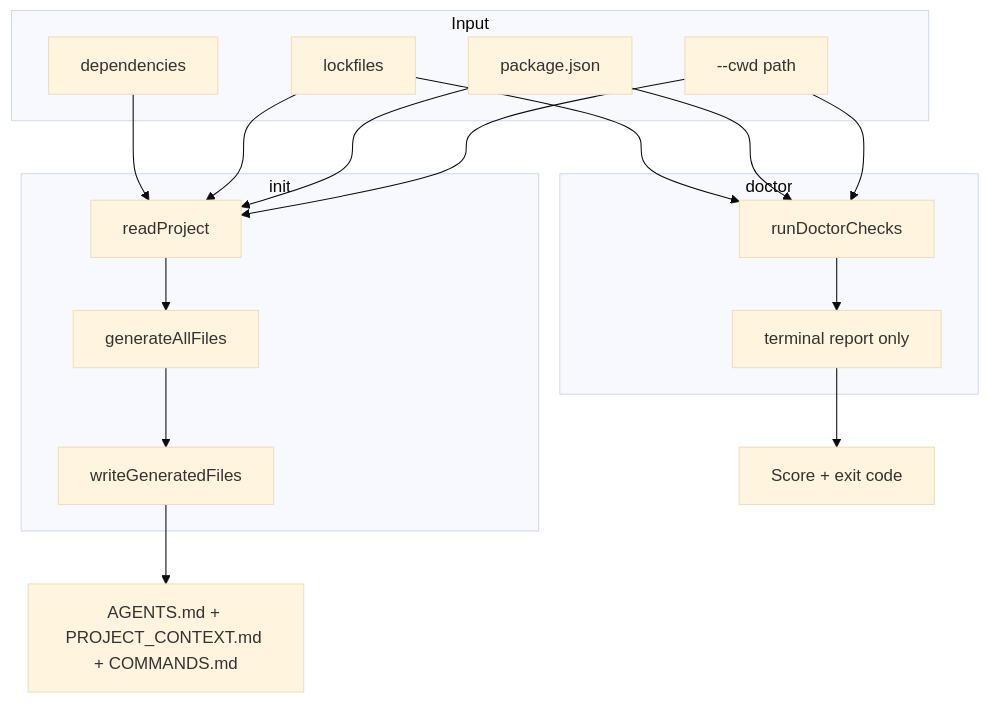
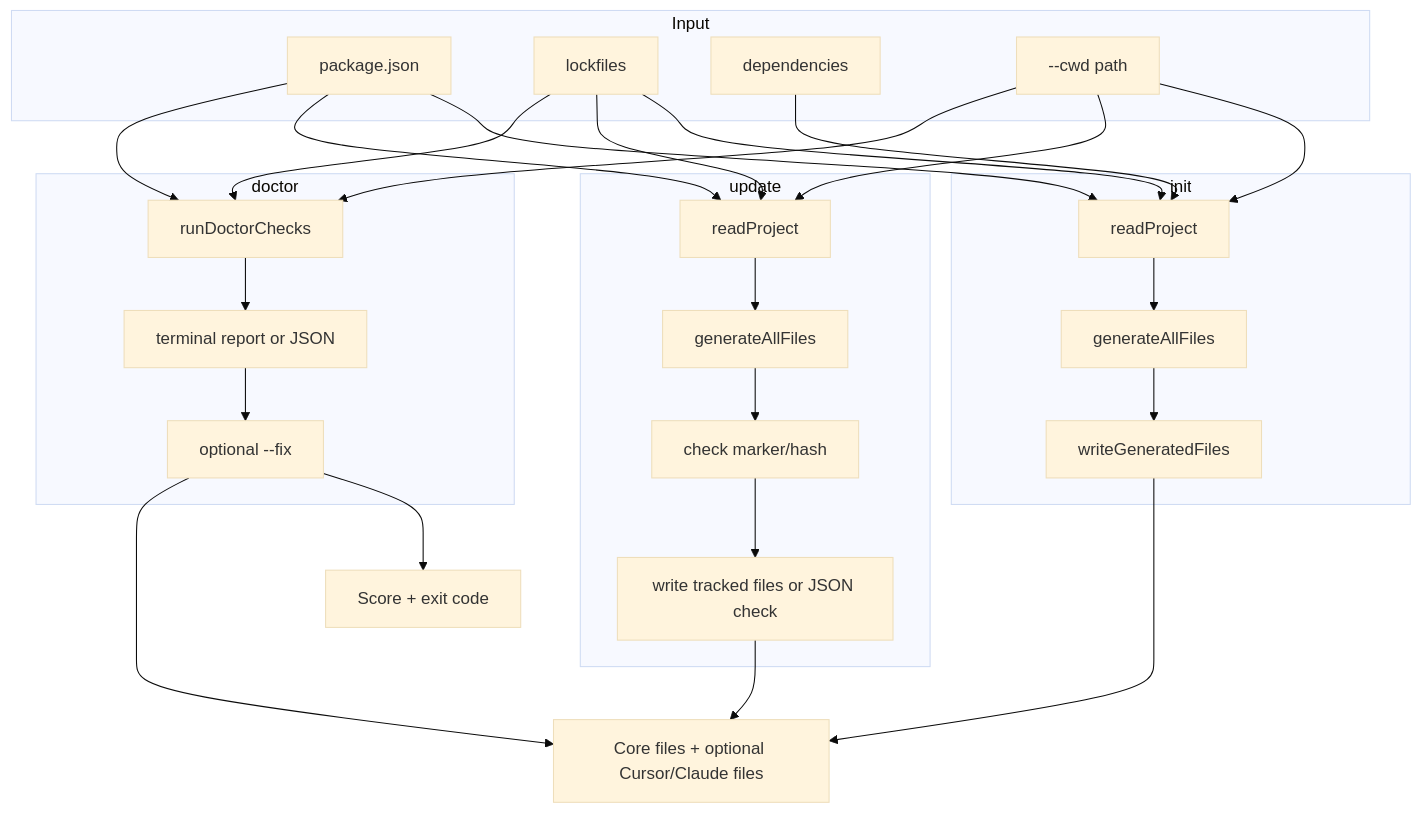
One commit to LeMinhSang2k5/ready-for-agents changed the diagram in doc/guide/OVERVIEW.md. Above: the diagram before and after it, drawn with Mermaid (base theme). The commit also changed other lines of this file and 48 other files, not shown here.

````diff
--- a/doc/guide/OVERVIEW.md
+++ b/doc/guide/OVERVIEW.md
@@ -41,33 +41,48 @@
 ```mermaid
 flowchart TB
   subgraph inputs [Input]
     PJ[package.json]
     LF[lockfiles]
     DEP[dependencies]
     CWD[--cwd path]
   end
 
   subgraph init [init]
     I1[readProject]
     I2[generateAllFiles]
     I3[writeGeneratedFiles]
   end
 
+  subgraph update [update]
+    U1[readProject]
+    U2[generateAllFiles]
+    U3[check marker/hash]
+    U4[write tracked files or JSON check]
+  end
+
   subgraph doctor [doctor]
     D1[runDoctorChecks]
-    D2[terminal report only]
+    D2[terminal report or JSON]
+    D3[optional --fix]
   end
 
   CWD --> I1
   PJ --> I1
   LF --> I1
   DEP --> I1
   I1 --> I2 --> I3
-  I3 --> OUT[AGENTS.md + PROJECT_CONTEXT.md + COMMANDS.md]
+  I3 --> OUT[Core files + optional Cursor/Claude files]
+
+  CWD --> U1
+  PJ --> U1
+  LF --> U1
+  U1 --> U2 --> U3 --> U4
+  U4 --> OUT
 
   CWD --> D1
   PJ --> D1
   LF --> D1
-  D1 --> D2
-  D2 --> SCORE[Score + exit code]
+  D1 --> D2 --> D3
+  D3 --> SCORE[Score + exit code]
+  D3 --> OUT
 ```
````
